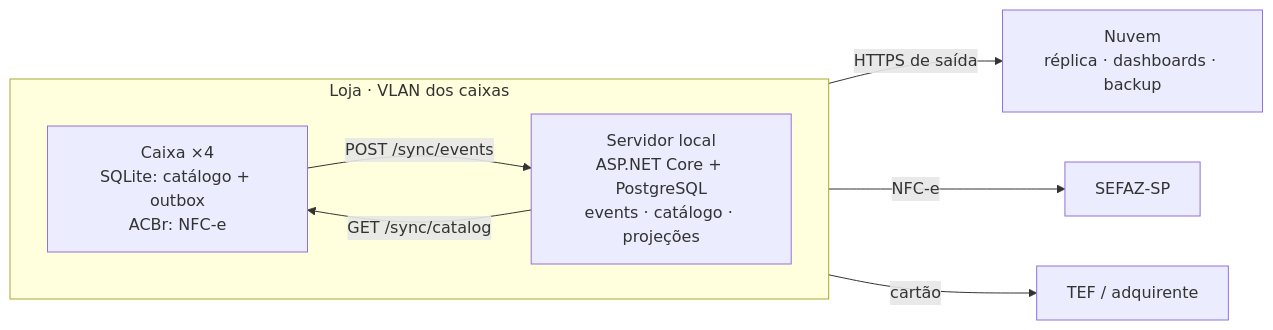
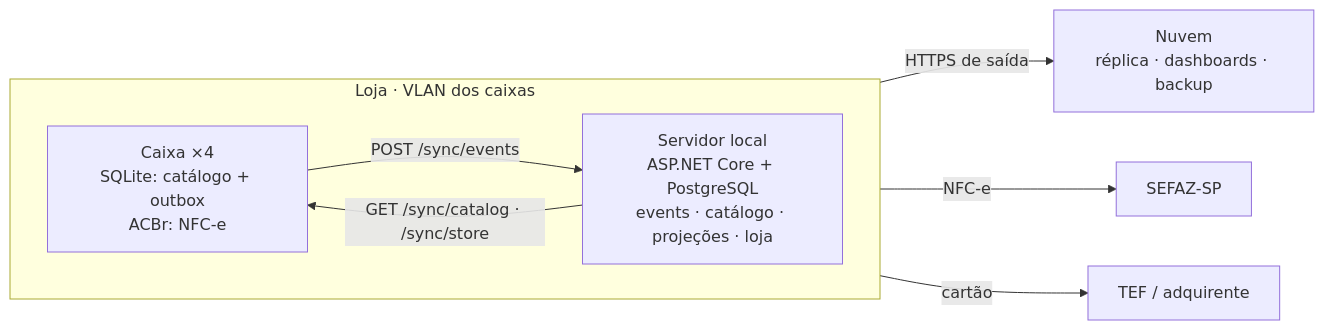
Before and after one commit to lacerdaaa/pdv-synthia: the first of 2 diagrams in README.md, drawn with Mermaid. The commit also changed other lines of this file, not shown here.

Commit message:
docs: README with the Synthia identity, store page, projections and screenshot tooling

````diff
--- a/README.md
+++ b/README.md
@@ -57,13 +58,13 @@
 ```mermaid
 flowchart LR
   subgraph Loja["Loja · VLAN dos caixas"]
     direction LR
     CX["Caixa ×4<br/>SQLite: catálogo + outbox<br/>ACBr: NFC-e"]
-    SRV["Servidor local<br/>ASP.NET Core + PostgreSQL<br/>events · catálogo · projeções"]
+    SRV["Servidor local<br/>ASP.NET Core + PostgreSQL<br/>events · catálogo · projeções · loja"]
     CX -- "POST /sync/events" --> SRV
-    SRV -- "GET /sync/catalog" --> CX
+    SRV -- "GET /sync/catalog · /sync/store" --> CX
   end
   SRV -- "HTTPS de saída" --> NUVEM["Nuvem<br/>réplica · dashboards · backup"]
   CX -- "NFC-e" --> SEFAZ["SEFAZ-SP"]
   CX -- "cartão" --> TEF["TEF / adquirente"]
 ```
````
